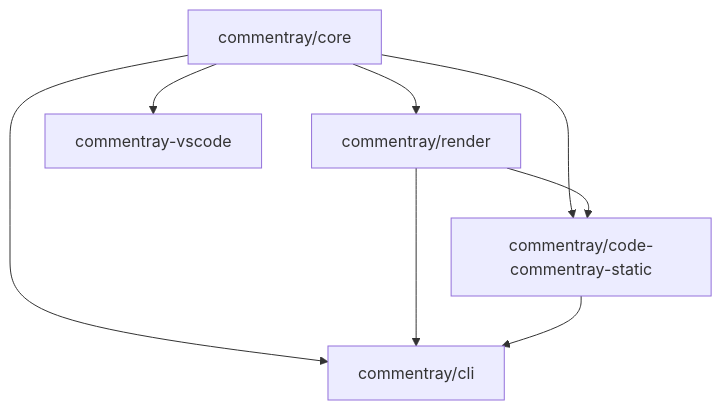
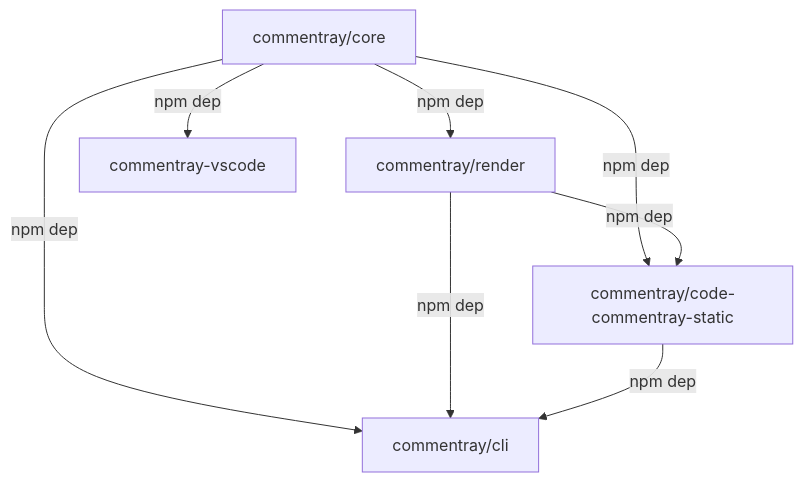
Before and after one commit to d-led/commentray: the diagram in .commentray/source/README.md/architecture.md, drawn with Mermaid. The commit also changed 1 other file, not shown here.

Commit message:
Update architecture and main documentation to clarify package dependencies and relationships using Mermaid diagrams. Enhance readability by specifying the nature of connections between core components, render, CLI, and extensions.

````diff
--- a/.commentray/source/README.md/architecture.md
+++ b/.commentray/source/README.md/architecture.md
@@ -7,16 +7,16 @@
 ```mermaid
 flowchart TB
   core["commentray/core"]
   pkgRender["commentray/render"]
   ccStatic["commentray/code-commentray-static"]
   cli["commentray/cli"]
   vscode["commentray-vscode"]
 
-  core --> pkgRender
-  core --> ccStatic
-  pkgRender --> ccStatic
-  core --> cli
-  pkgRender --> cli
-  ccStatic --> cli
-  core --> vscode
+  core -->|npm dep| pkgRender
+  core -->|npm dep| ccStatic
+  pkgRender -->|npm dep| ccStatic
+  core -->|npm dep| cli
+  pkgRender -->|npm dep| cli
+  ccStatic -->|npm dep| cli
+  core -->|npm dep| vscode
 ```
````
